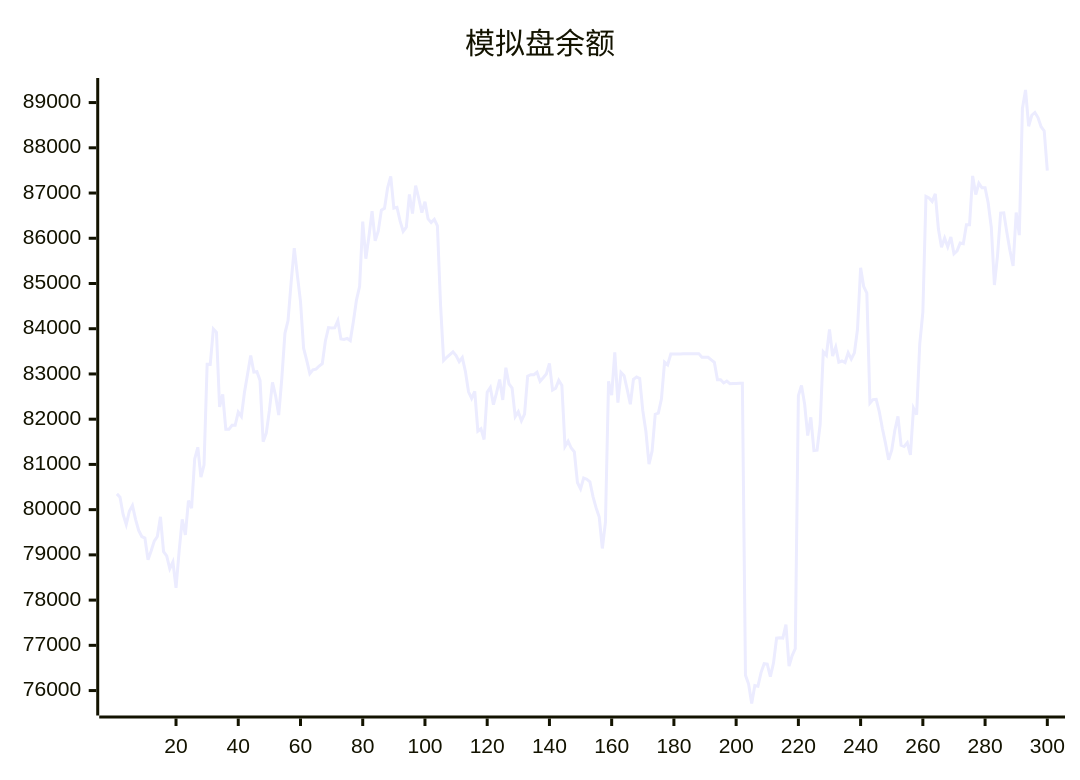
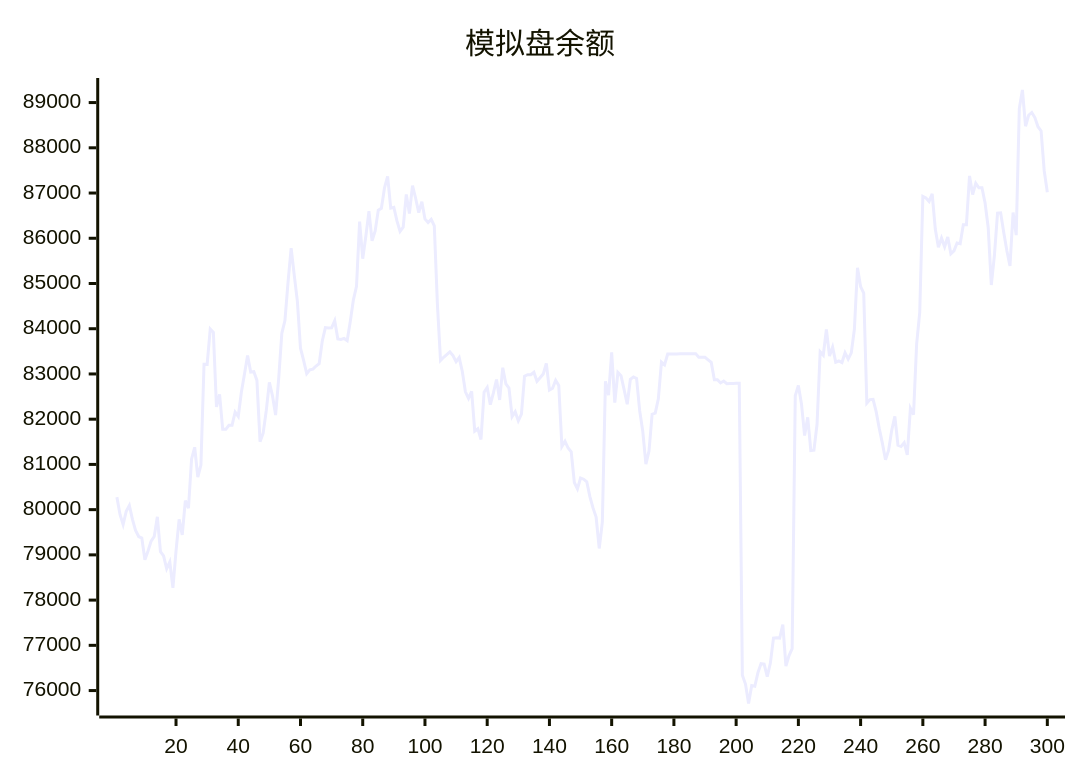
Before and after one commit to aahl/ai-trading: the diagram in README.md, drawn with Mermaid. The commit also changed other lines of this file and 1 other file, not shown here.

````diff
--- a/README.md
+++ b/README.md
@@ -5,5 +5,5 @@
 ```mermaid
 xychart
     title "模拟盘余额"
-    line [80348,80277,79894,79670,79965,80093,79786,79542,79406,79371,78893,79087,79304,79406,79841,79072,78978,78696,78846,78272,79085,79787,79442,80198,80031,81120,81379,80718,80985,83214,83212,83993,83921,82270,82547,81776,81776,81866,81866,82158,82061,82596,83000,83408,83041,83050,82858,81503,81691,82188,82812,82517,82092,82901,83898,84180,85030,85781,85178,84604,83569,83298,83008,83093,83107,83175,83228,83729,84025,84017,84019,84177,83775,83762,83785,83738,84160,84639,84939,86370,85548,86046,86599,85942,86161,86622,86664,87115,87369,86666,86685,86384,86152,86243,86969,86548,87164,86885,86566,86809,86427,86348,86417,86273,84538,83299,83369,83430,83490,83404,83270,83362,83056,82605,82459,82614,81734,81788,81551,82598,82702,82320,82580,82878,82426,83139,82778,82686,82056,82166,81963,82110,82951,82983,82984,83038,82838,82915,82998,83235,82642,82682,82858,82746,81396,81512,81362,81277,80600,80461,80699,80673,80616,80288,80038,79836,79142,79722,82837,82533,83480,82366,83032,82960,82654,82330,82883,82934,82901,82188,81728,81005,81298,82110,82135,82449,83264,83203,83440,83439,83440,83440,83446,83447,83448,83447,83448,83449,83369,83369,83369,83313,83256,82872,82873,82801,82844,82785,82791,82791,82793,82794,76339,76145,75714,76110,76096,76397,76594,76585,76310,76607,77160,77170,77160,77456,76541,76774,76927,82520,82744,82337,81639,82040,81307,81314,81887,83490,83414,83984,83396,83594,83261,83287,83253,83470,83327,83465,83987,85348,84930,84786,82355,82433,82438,82167,81795,81466,81105,81315,81756,82064,81426,81398,81481,81210,82242,82099,83658,84359,86925,86892,86814,86980,86203,85802,86003,85811,86028,85657,85721,85896,85880,86300,86299,87378,86965,87214,87115,87118,86780,86238,84966,85623,86555,86562,86129,85722,85387,86569,86070,88870,89278,88477,88720,88781,88668,88467,88372,87493]
+    line [80277,79894,79670,79965,80093,79786,79542,79406,79371,78893,79087,79304,79406,79841,79072,78978,78696,78846,78272,79085,79787,79442,80198,80031,81120,81379,80718,80985,83214,83212,83993,83921,82270,82547,81776,81776,81866,81866,82158,82061,82596,83000,83408,83041,83050,82858,81503,81691,82188,82812,82517,82092,82901,83898,84180,85030,85781,85178,84604,83569,83298,83008,83093,83107,83175,83228,83729,84025,84017,84019,84177,83775,83762,83785,83738,84160,84639,84939,86370,85548,86046,86599,85942,86161,86622,86664,87115,87369,86666,86685,86384,86152,86243,86969,86548,87164,86885,86566,86809,86427,86348,86417,86273,84538,83299,83369,83430,83490,83404,83270,83362,83056,82605,82459,82614,81734,81788,81551,82598,82702,82320,82580,82878,82426,83139,82778,82686,82056,82166,81963,82110,82951,82983,82984,83038,82838,82915,82998,83235,82642,82682,82858,82746,81396,81512,81362,81277,80600,80461,80699,80673,80616,80288,80038,79836,79142,79722,82837,82533,83480,82366,83032,82960,82654,82330,82883,82934,82901,82188,81728,81005,81298,82110,82135,82449,83264,83203,83440,83439,83440,83440,83446,83447,83448,83447,83448,83449,83369,83369,83369,83313,83256,82872,82873,82801,82844,82785,82791,82791,82793,82794,76339,76145,75714,76110,76096,76397,76594,76585,76310,76607,77160,77170,77160,77456,76541,76774,76927,82520,82744,82337,81639,82040,81307,81314,81887,83490,83414,83984,83396,83594,83261,83287,83253,83470,83327,83465,83987,85348,84930,84786,82355,82433,82438,82167,81795,81466,81105,81315,81756,82064,81426,81398,81481,81210,82242,82099,83658,84359,86925,86892,86814,86980,86203,85802,86003,85811,86028,85657,85721,85896,85880,86300,86299,87378,86965,87214,87115,87118,86780,86238,84966,85623,86555,86562,86129,85722,85387,86569,86070,88870,89278,88477,88720,88781,88668,88467,88372,87493,87018]
 ```
````
